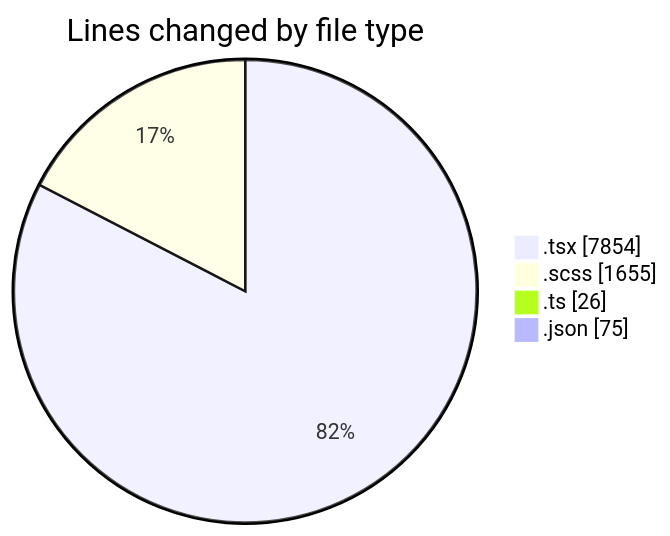
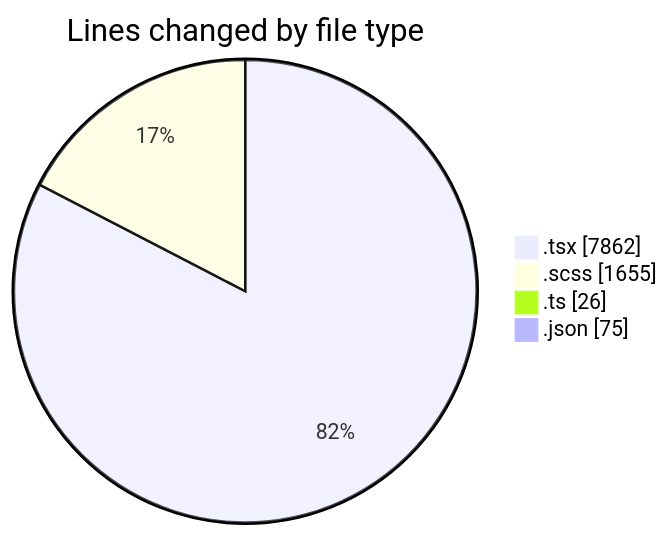
One commit to momahboobian/code-tracking changed the first of 2 diagrams in 2025-04-09/cda/README.md. Above: the diagram before and after it, drawn with Mermaid. The commit also changed other lines of this file and 1 other file, not shown here.

````diff
--- a/2025-04-09/cda/README.md
+++ b/2025-04-09/cda/README.md
@@ -45,8 +45,8 @@
 ```mermaid
 pie showData
 title Lines changed by file type
-".tsx" : 7854
+".tsx" : 7862
 ".scss" : 1655
 ".ts" : 26
 ".json" : 75
 ```
````
